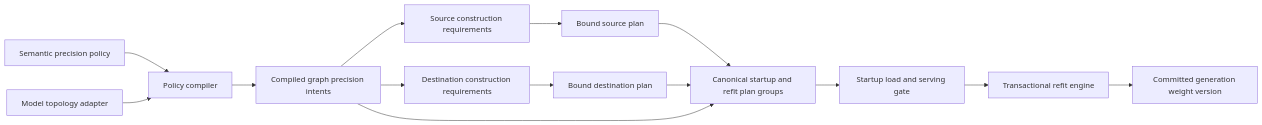
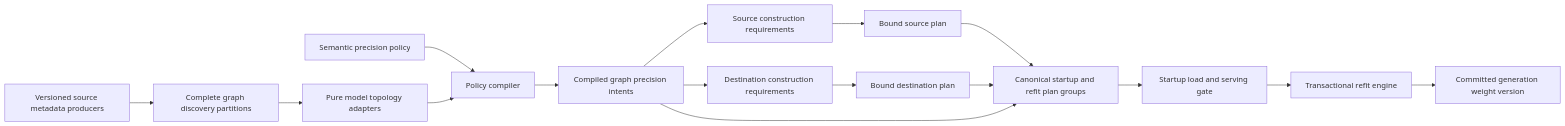
One commit to seonjinn/RL changed the diagram in docs/design-docs/semantic-precision-refit.md. Above: the diagram before and after it, drawn with Mermaid. The commit also changed other lines of this file and 1 other file, not shown here.

````diff
--- a/docs/design-docs/semantic-precision-refit.md
+++ b/docs/design-docs/semantic-precision-refit.md
@@ -96,16 +97,18 @@
 ```mermaid
 flowchart LR
+    SP[Versioned source metadata producers] --> GP[Complete graph discovery partitions]
+    GP --> T[Pure model topology adapters]
     P[Semantic precision policy] --> C[Policy compiler]
-    T[Model topology adapter] --> C
+    T --> C
     C --> I[Compiled graph precision intents]
     I --> S[Source construction requirements]
     I --> D[Destination construction requirements]
     S --> SB[Bound source plan]
     D --> DB[Bound destination plan]
     SB --> CP[Canonical startup and refit plan groups]
     DB --> CP
     I --> CP
     CP --> B[Startup load and serving gate]
     B --> R[Transactional refit engine]
     R --> V[Committed generation weight version]
 ```
````
